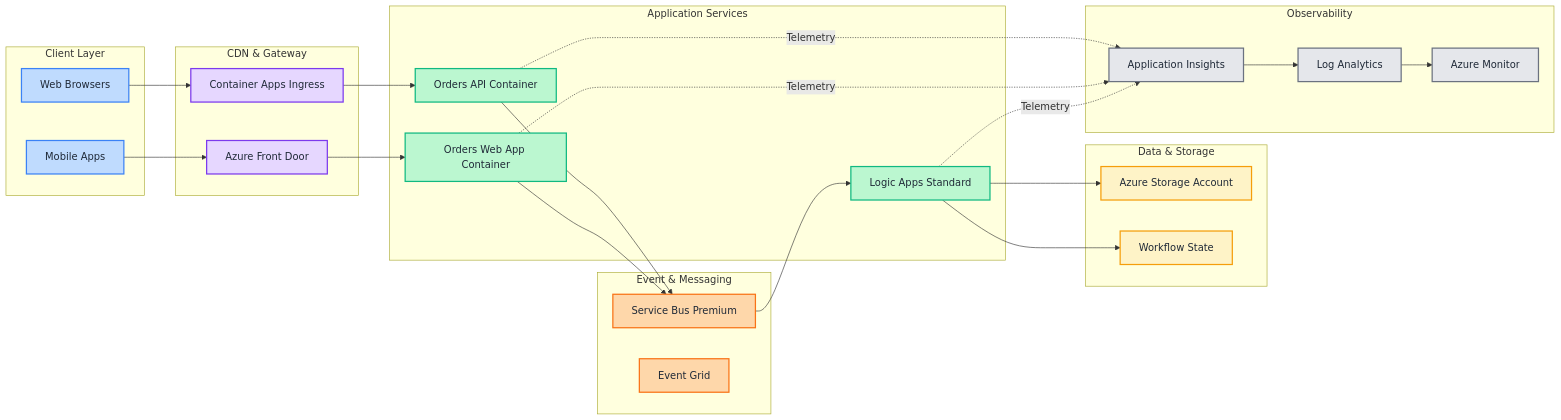
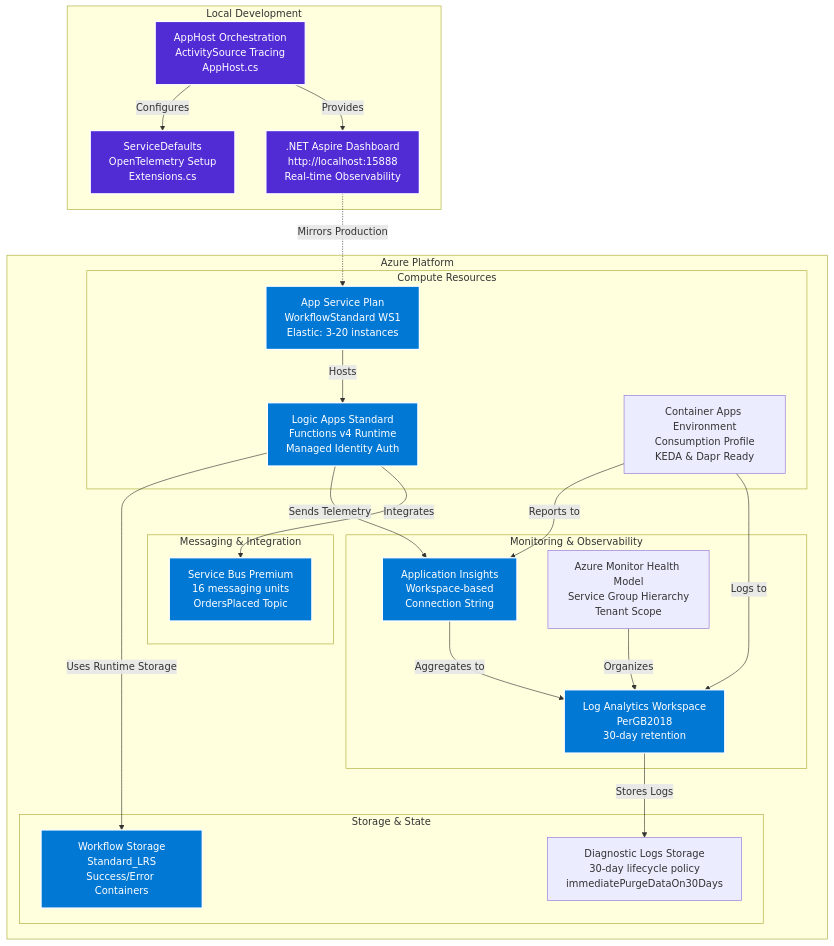
The fourth of 6 diagrams in README.md (Evilazaro/Azure-LogicApps-Monitoring), drawn with Mermaid before and after one commit. The commit also changed other lines of this file and 5 other files, not shown here.

First line of the commit message:
Update orders API and webapp configurations, increase min replicas, and add Application Insights connection string

````diff
--- a/README.md
+++ b/README.md
@@ -526,60 +333,55 @@
 ```mermaid
-flowchart LR
-    subgraph "Client Layer"
-        A[Web Browsers]:::client
-        B[Mobile Apps]:::client
+graph TB
+    subgraph azure["Azure Platform"]
+        subgraph compute["Compute Resources"]
+            ASP[App Service Plan<br/>WorkflowStandard WS1<br/>Elastic: 3-20 instances]
+            LA[Logic Apps Standard<br/>Functions v4 Runtime<br/>Managed Identity Auth]
+            CAE[Container Apps Environment<br/>Consumption Profile<br/>KEDA & Dapr Ready]
+        end
+        
+        subgraph monitoring["Monitoring & Observability"]
+            AI[Application Insights<br/>Workspace-based<br/>Connection String]
+            LAW[Log Analytics Workspace<br/>PerGB2018<br/>30-day retention]
+            AHM[Azure Monitor Health Model<br/>Service Group Hierarchy<br/>Tenant Scope]
+        end
+        
+        subgraph storage["Storage & State"]
+            LAWSA[Diagnostic Logs Storage<br/>30-day lifecycle policy<br/>immediatePurgeDataOn30Days]
+            WFSA[Workflow Storage<br/>Standard_LRS<br/>Success/Error Containers]
+        end
+        
+        subgraph messaging["Messaging & Integration"]
+            SB[Service Bus Premium<br/>16 messaging units<br/>OrdersPlaced Topic]
+        end
     end
     
-    subgraph "CDN & Gateway"
-        C[Container Apps Ingress]:::gateway
-        D[Azure Front Door]:::gateway
+    subgraph local["Local Development"]
+        ASPIRE[.NET Aspire Dashboard<br/>http://localhost:15888<br/>Real-time Observability]
+        APPHOST[AppHost Orchestration<br/>ActivitySource Tracing<br/>AppHost.cs]
+        DEFAULTS[ServiceDefaults<br/>OpenTelemetry Setup<br/>Extensions.cs]
     end
     
-    subgraph "Application Services"
-        E[Orders API Container]:::service
-        F[Orders Web App Container]:::service
-        G[Logic Apps Standard]:::service
-    end
+    ASP -->|Hosts| LA
+    LA -->|Uses Runtime Storage| WFSA
+    LA -->|Sends Telemetry| AI
+    LA -->|Integrates| SB
+    AI -->|Aggregates to| LAW
+    LAW -->|Stores Logs| LAWSA
+    AHM -->|Organizes| LAW
+    CAE -->|Reports to| AI
+    CAE -->|Logs to| LAW
     
-    subgraph "Event & Messaging"
-        H[Service Bus Premium]:::eventBus
-        I[Event Grid]:::eventBus
-    end
+    APPHOST -->|Configures| DEFAULTS
+    APPHOST -->|Provides| ASPIRE
+    ASPIRE -.->|Mirrors Production| ASP
     
-    subgraph "Data & Storage"
-        J[Azure Storage Account]:::database
-        K[Workflow State]:::database
-    end
-    
-    subgraph "Observability"
-        L[Application Insights]:::observability
-        M[Log Analytics]:::observability
-        N[Azure Monitor]:::observability
-    end
-    
-    A --> C
-    B --> D
-    C --> E
-    D --> F
-    
-    E --> H
-    F --> H
-    H --> G
-    
-    G --> J
-    G --> K
-    
-    E -.->|Telemetry| L
-    F -.->|Telemetry| L
-    G -.->|Telemetry| L
-    
-    L --> M
-    M --> N
-    
-    classDef client fill:#BFDBFE,stroke:#3B82F6,stroke-width:2px,color:#1F2937
-    classDef gateway fill:#E6D7FF,stroke:#7C3AED,stroke-width:2px,color:#1F2937
-    classDef service fill:#BBF7D0,stroke:#10B981,stroke-width:2px,color:#1F2937
-    classDef eventBus fill:#FED7AA,stroke:#F97316,stroke-width:2px,color:#1F2937
-    classDef database fill:#FEF3C7,stroke:#F59E0B,stroke-width:2px,color:#1F2937
-    classDef observability fill:#E5E7EB,stroke:#6B7280,stroke-width:2px,color:#1F2937
+    style ASP fill:#0078D4,stroke:#fff,stroke-width:2px,color:#fff
+    style LA fill:#0078D4,stroke:#fff,stroke-width:2px,color:#fff
+    style AI fill:#0078D4,stroke:#fff,stroke-width:2px,color:#fff
+    style LAW fill:#0078D4,stroke:#fff,stroke-width:2px,color:#fff
+    style WFSA fill:#0078D4,stroke:#fff,stroke-width:2px,color:#fff
+    style SB fill:#0078D4,stroke:#fff,stroke-width:2px,color:#fff
+    style ASPIRE fill:#512BD4,stroke:#fff,stroke-width:2px,color:#fff
+    style APPHOST fill:#512BD4,stroke:#fff,stroke-width:2px,color:#fff
+    style DEFAULTS fill:#512BD4,stroke:#fff,stroke-width:2px,color:#fff
 ```
````
